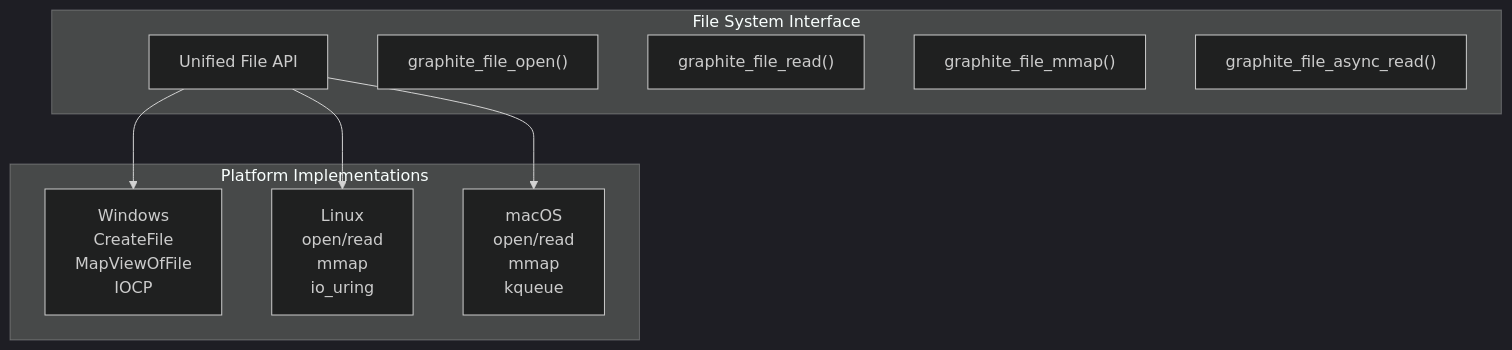
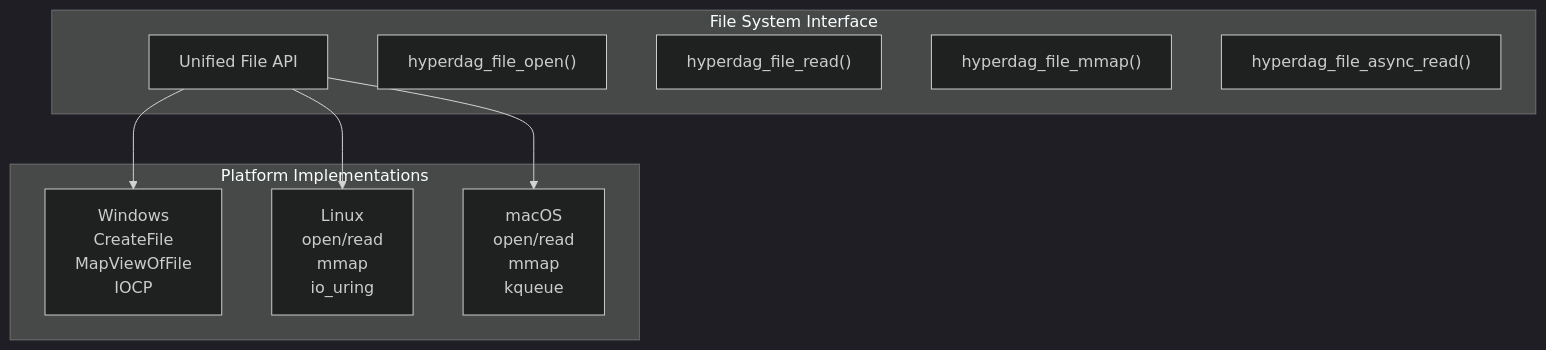
The third of 3 diagrams in volumes/volume-1-foundation/part-4-platform-security.md (turtlgraph/docs), drawn with Mermaid (dark theme) before and after one commit. The commit also changed other lines of this file and 10 other files, not shown here.

First line of the commit message:
docs: Replace all GRAPHITE references with TurtlGraph/HyperDAG

````diff
--- a/volumes/volume-1-foundation/part-4-platform-security.md
+++ b/volumes/volume-1-foundation/part-4-platform-security.md
@@ -888,20 +888,20 @@
 ```mermaid
 graph TB
     subgraph "File System Interface"
         API["Unified File API"]
-        OPEN["graphite_file_open()"]
-        READ["graphite_file_read()"]
-        MMAP["graphite_file_mmap()"]
-        ASYNC["graphite_file_async_read()"]
+        OPEN["hyperdag_file_open()"]
+        READ["hyperdag_file_read()"]
+        MMAP["hyperdag_file_mmap()"]
+        ASYNC["hyperdag_file_async_read()"]
     end
     
     subgraph "Platform Implementations"
         WIN["Windows<br/>CreateFile<br/>MapViewOfFile<br/>IOCP"]
         LIN["Linux<br/>open/read<br/>mmap<br/>io_uring"]
         MAC["macOS<br/>open/read<br/>mmap<br/>kqueue"]
     end
     
     API --> WIN
     API --> LIN
     API --> MAC
 ```
````
